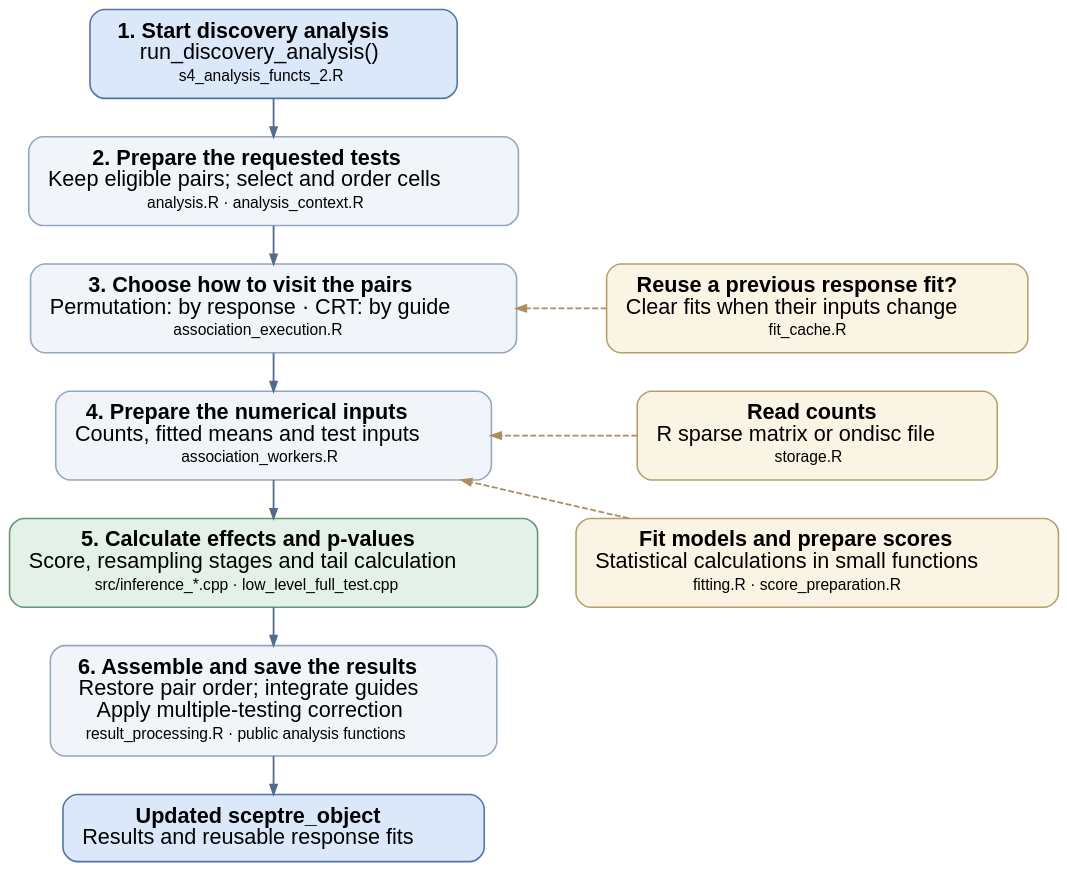
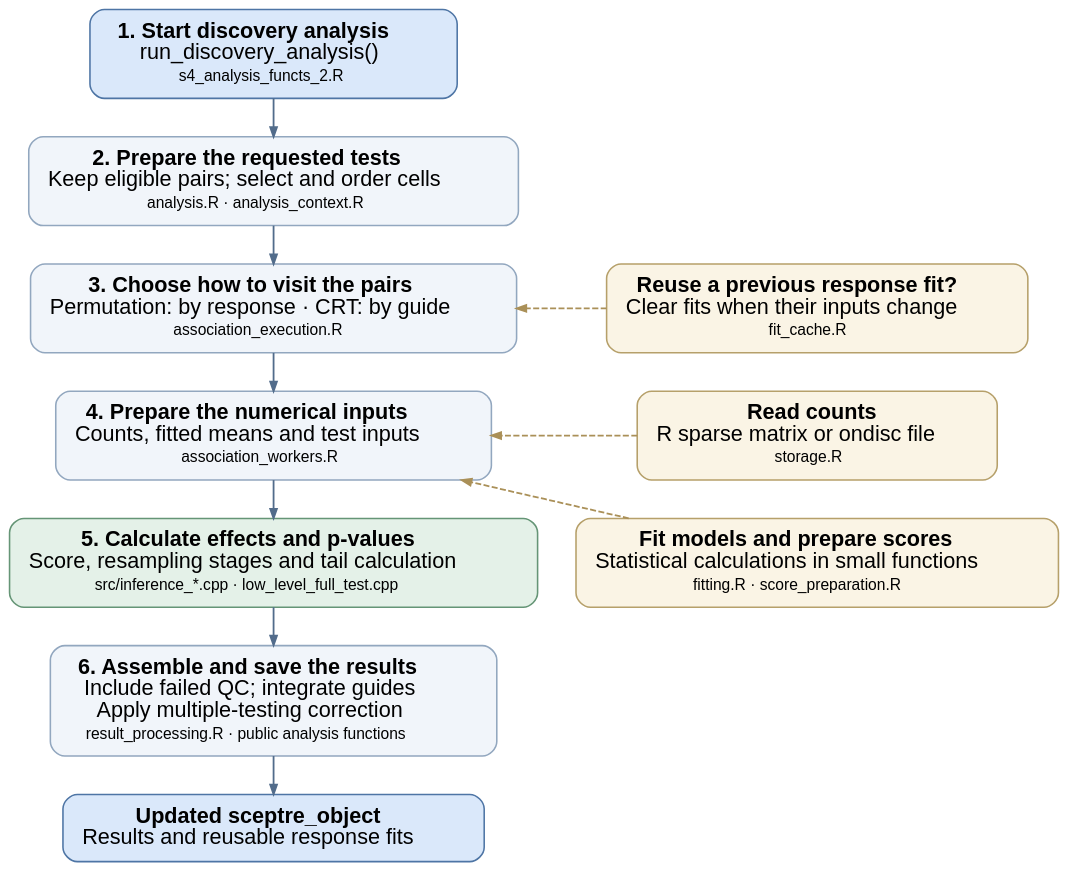
The diagram in tools/refactor/figures/analysis-flow.dot (Katsevich-Lab/sceptre), drawn with Graphviz before and after one commit. The commit also changed 80 other files, not shown here.

```diff
--- a/tools/refactor/figures/analysis-flow.dot
+++ b/tools/refactor/figures/analysis-flow.dot
@@ -1,23 +1,23 @@
 digraph analysis {
   graph [rankdir=TB, bgcolor="transparent", pad="0.18", nodesep="0.45", ranksep="0.45", fontname="Helvetica", splines=polyline];
   node [shape=box, style="rounded,filled", fillcolor="#F1F5FA", color="#92A7BF", fontname="Helvetica", fontsize=18, margin="0.22,0.14", penwidth=1.3];
   edge [color="#526C8B", arrowsize=0.8, penwidth=1.5];
   start [label=< <B>1. Start discovery analysis</B><BR/>run_discovery_analysis()<BR/><FONT POINT-SIZE="13">s4_analysis_functs_2.R</FONT> >, fillcolor="#DAE8FA", color="#4E75A5"];
   prepare [label=< <B>2. Prepare the requested tests</B><BR/>Keep eligible pairs; select and order cells<BR/><FONT POINT-SIZE="13">analysis.R · analysis_context.R</FONT> >];
   plan [label=< <B>3. Choose how to visit the pairs</B><BR/>Permutation: by response · CRT: by guide<BR/><FONT POINT-SIZE="13">association_execution.R</FONT> >];
   test [label=< <B>4. Prepare the numerical inputs</B><BR/>Counts, fitted means and test inputs<BR/><FONT POINT-SIZE="13">association_workers.R</FONT> >];
   native [label=< <B>5. Calculate effects and p-values</B><BR/>Score, resampling stages and tail calculation<BR/><FONT POINT-SIZE="13">src/inference_*.cpp · low_level_full_test.cpp</FONT> >, fillcolor="#E4F1E8", color="#659576"];
-  finish [label=< <B>6. Assemble and save the results</B><BR/>Restore pair order; integrate guides<BR/>Apply multiple-testing correction<BR/><FONT POINT-SIZE="13">result_processing.R · public analysis functions</FONT> >];
+  finish [label=< <B>6. Assemble and save the results</B><BR/>Include failed QC; integrate guides<BR/>Apply multiple-testing correction<BR/><FONT POINT-SIZE="13">result_processing.R · public analysis functions</FONT> >];
   saved [label=< <B>Updated sceptre_object</B><BR/>Results and reusable response fits >, fillcolor="#DAE8FA", color="#4E75A5"];
   storage [label=< <B>Read counts</B><BR/>R sparse matrix or ondisc file<BR/><FONT POINT-SIZE="13">storage.R</FONT> >, fillcolor="#FAF4E5", color="#B6A06A"];
   fits [label=< <B>Fit models and prepare scores</B><BR/>Statistical calculations in small functions<BR/><FONT POINT-SIZE="13">fitting.R · score_preparation.R</FONT> >, fillcolor="#FAF4E5", color="#B6A06A"];
   cache [label=< <B>Reuse a previous response fit?</B><BR/>Clear fits when their inputs change<BR/><FONT POINT-SIZE="13">fit_cache.R</FONT> >, fillcolor="#FAF4E5", color="#B6A06A"];
   start -> prepare -> plan -> test -> native -> finish -> saved;
   {rank=same; plan; cache;}
   {rank=same; test; storage;}
   {rank=same; native; fits;}
   cache -> plan [style=dashed, color="#AA9058", constraint=false];
   storage -> test [style=dashed, color="#AA9058", constraint=false];
   fits -> test [style=dashed, color="#AA9058", constraint=false];
   cache -> storage -> fits [style=invis];
 }
```
